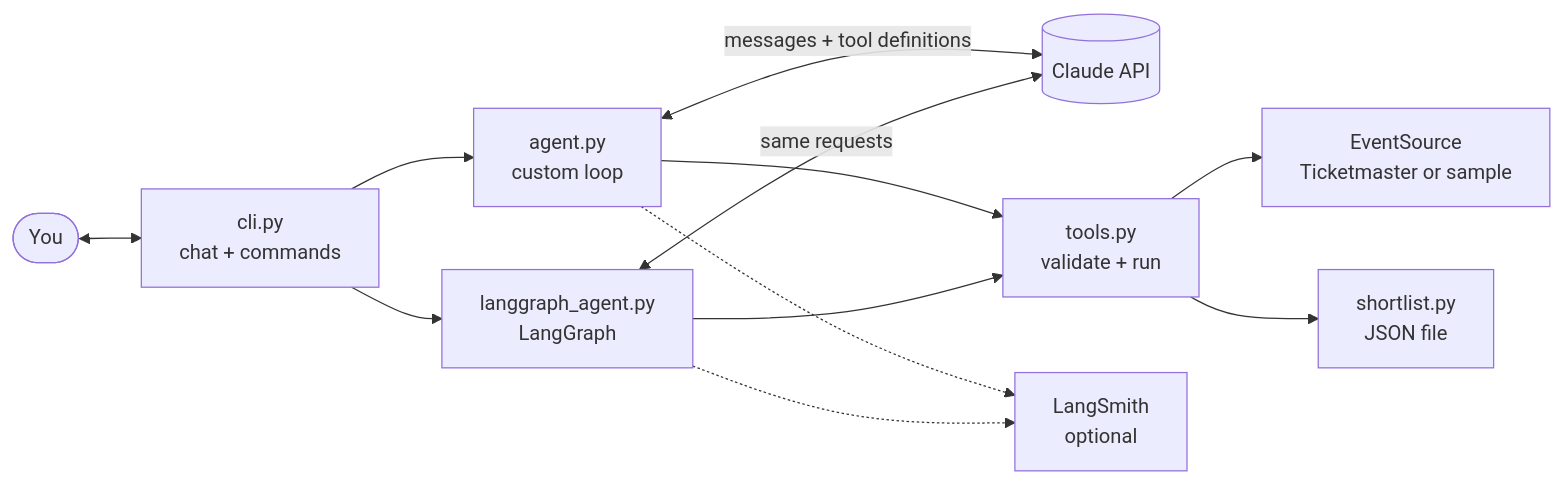
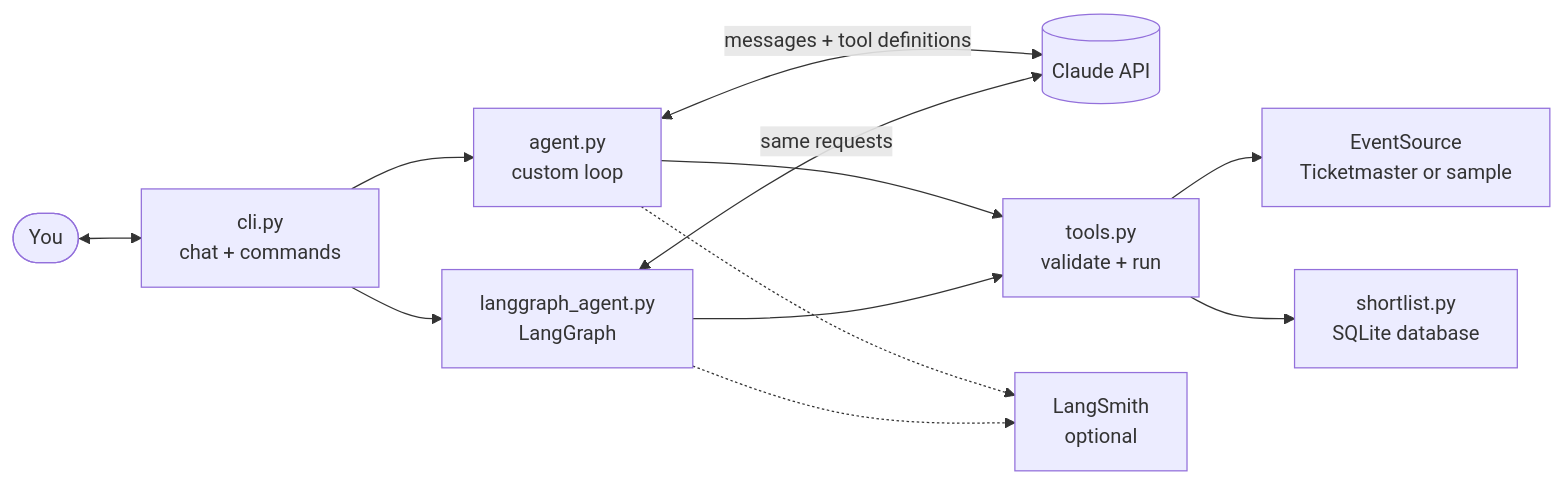
The diagram in README.md (ervinjohn50/ai_event_scout), drawn with Mermaid before and after one commit. The commit also changed other lines of this file and 15 other files, not shown here.

First line of the commit message:
Store the shortlist in SQLite

````diff
--- a/README.md
+++ b/README.md
@@ -85,14 +85,14 @@
 ```mermaid
 flowchart LR
     U([You]) <--> CLI[cli.py<br/>chat + commands]
     CLI --> A[agent.py<br/>custom loop]
     CLI --> G[langgraph_agent.py<br/>LangGraph]
     A <-->|messages + tool definitions| C[(Claude API)]
     G <-->|same requests| C
     A --> T[tools.py<br/>validate + run]
     G --> T
     T --> S[EventSource<br/>Ticketmaster or sample]
-    T --> L[shortlist.py<br/>JSON file]
+    T --> L[shortlist.py<br/>SQLite database]
     A -.-> O[LangSmith<br/>optional]
     G -.-> O
 ```
````
